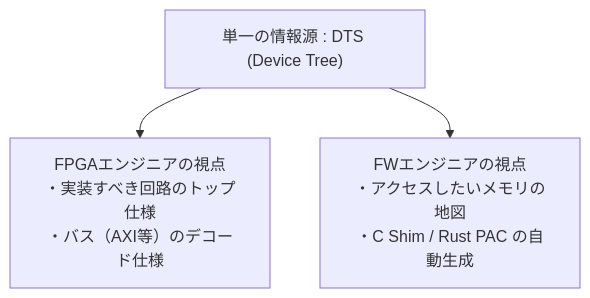
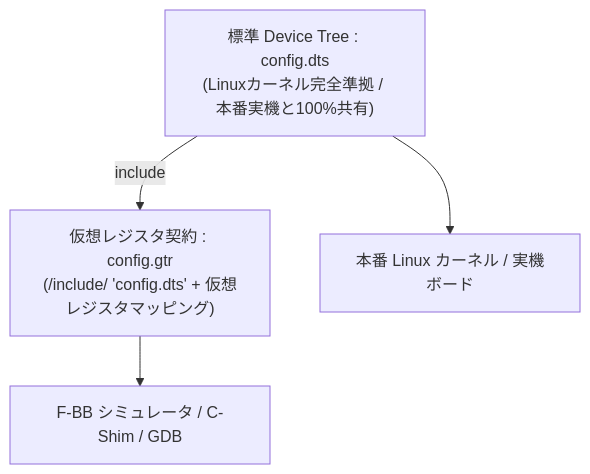
One commit to sirosiro/FPGA-BoardlessBench changed the second of 2 diagrams in README.md. Above: the diagram before and after it, drawn with Mermaid. The commit also changed other lines of this file and 88 other files, not shown here.

Commit message:
feat: implement gtr architecture to decouple registers from dts and update tooling

````diff
--- a/README.md
+++ b/README.md
@@ -128,9 +135,11 @@
 ```mermaid
 graph TD
-    DTS["単一の情報源 : DTS (Device Tree)"]
-    FPGA["FPGAエンジニアの視点\n・実装すべき回路のトップ仕様\n・バス（AXI等）のデコード仕様"]
-    FW["FWエンジニアの視点\n・アクセスしたいメモリの地図\n・C Shim / Rust PAC の自動生成"]
+    DTS["標準 Device Tree : config.dts\n(Linuxカーネル完全準拠 / 本番実機と100%共有)"]
+    GTR["仮想レジスタ契約 : config.gtr\n(/include/ 'config.dts' + 仮想レジスタマッピング)"]
+    SIM["F-BB シミュレータ / C-Shim / GDB"]
+    PROD["本番 Linux カーネル / 実機ボード"]
 
-    DTS --> FPGA
-    DTS --> FW
+    DTS --> PROD
+    DTS -->|include| GTR
+    GTR --> SIM
 ```
````
